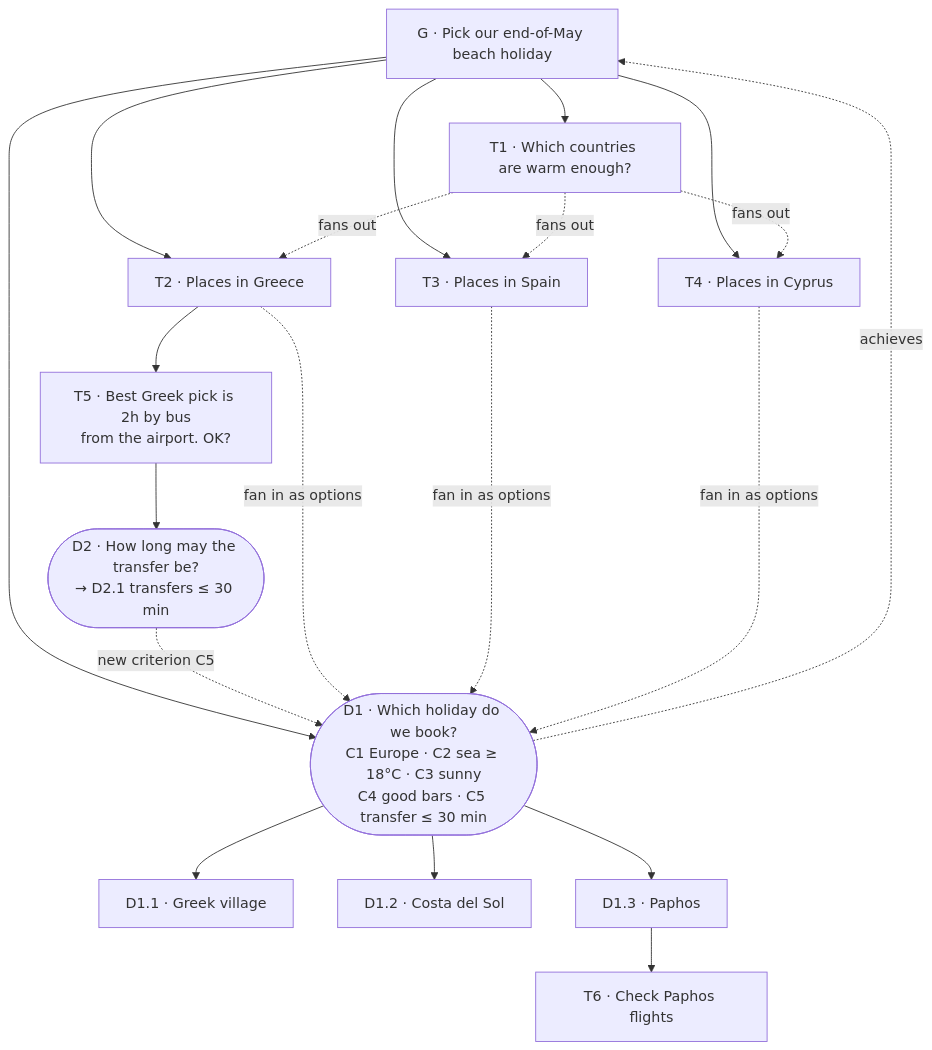
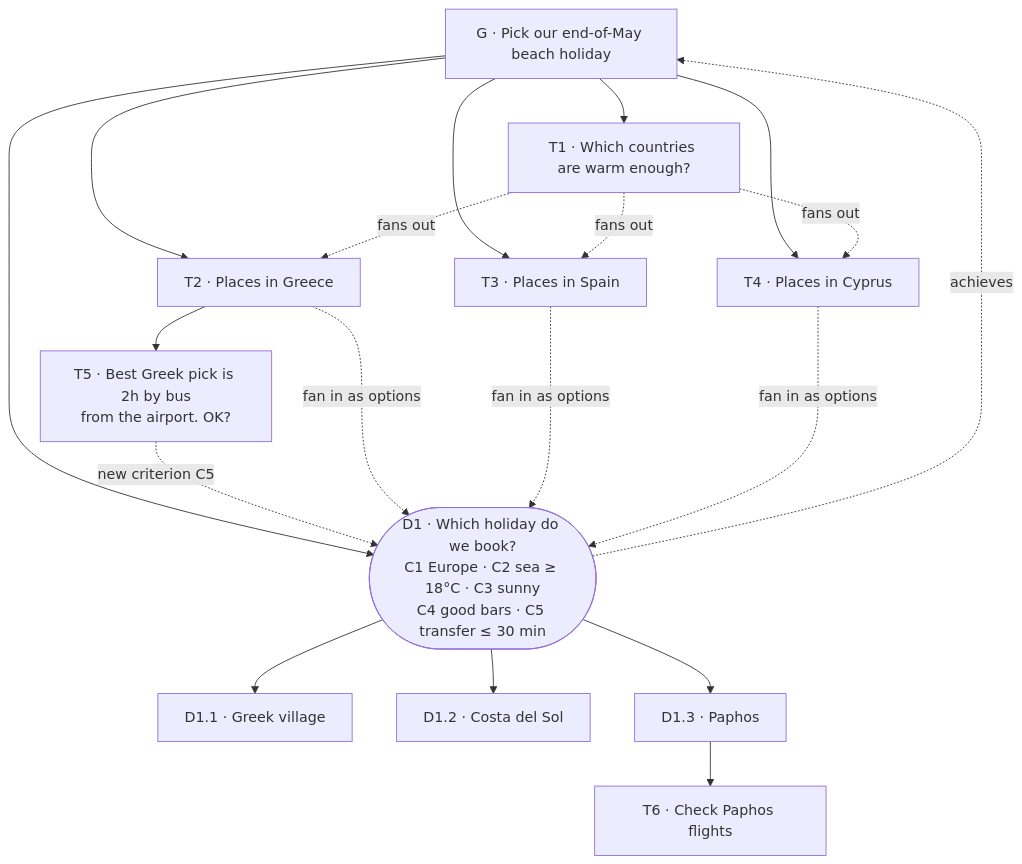
One commit to gaqzi/zeigarnik changed the diagram in README.md. Above: the diagram before and after it, drawn with Mermaid. The commit also changed other lines of this file and 8 other files, not shown here.

````diff
--- a/README.md
+++ b/README.md
@@ -54,24 +54,23 @@
 ```mermaid
 flowchart TD
   G["G · Pick our end-of-May beach holiday"]
   T1["T1 · Which countries are warm enough?"]
   T2["T2 · Places in Greece"]
   T3["T3 · Places in Spain"]
   T4["T4 · Places in Cyprus"]
   T5["T5 · Best Greek pick is 2h by bus<br/>from the airport. OK?"]
-  D2(["D2 · How long may the transfer be?<br/>→ D2.1 transfers ≤ 30 min"])
   D1(["D1 · Which holiday do we book?<br/>C1 Europe · C2 sea ≥ 18°C · C3 sunny<br/>C4 good bars · C5 transfer ≤ 30 min"])
   D11["D1.1 · Greek village"]
   D12["D1.2 · Costa del Sol"]
   D13["D1.3 · Paphos"]
   T6["T6 · Check Paphos flights"]
 
   G --> T1 & T2 & T3 & T4 & D1
-  T2 --> T5 --> D2
+  T2 --> T5
   D1 --> D11 & D12 & D13
   D13 --> T6
   T1 -.->|fans out| T2 & T3 & T4
-  D2 -.->|new criterion C5| D1
+  T5 -.->|new criterion C5| D1
   T2 & T3 & T4 -.->|fan in as options| D1
   D1 -.->|achieves| G
 ```
````
